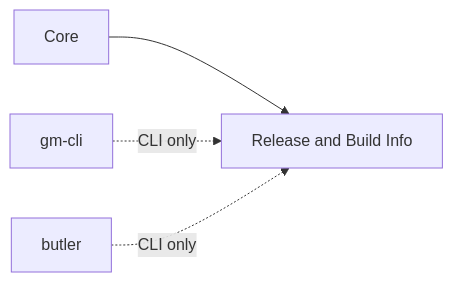
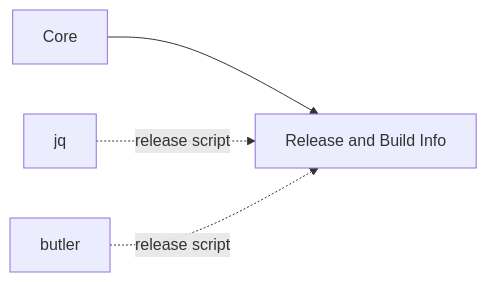
Before and after one commit to edcasillas/gamemaker-common-utils: the diagram in docs/modules/release-and-build-info.md, drawn with Mermaid. The commit also changed other lines of this file and 4 other files, not shown here.

````diff
--- a/docs/modules/release-and-build-info.md
+++ b/docs/modules/release-and-build-info.md
@@ -102,6 +48,6 @@
 ```mermaid
 flowchart LR
     Core[Core] --> ReleaseBuild[Release and Build Info]
-    GmCli[gm-cli] -. CLI only .-> ReleaseBuild
-    Butler[butler] -. CLI only .-> ReleaseBuild
+    Jq[jq] -. release script .-> ReleaseBuild
+    Butler[butler] -. release script .-> ReleaseBuild
 ```
````
